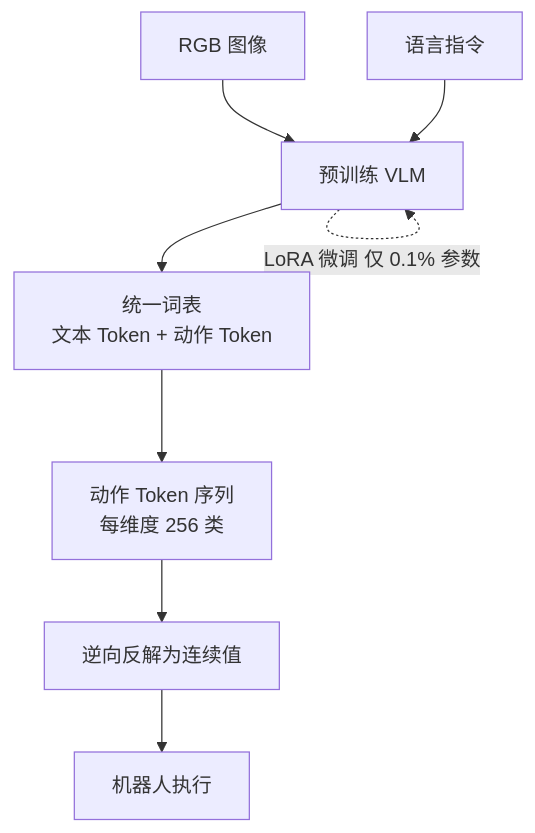
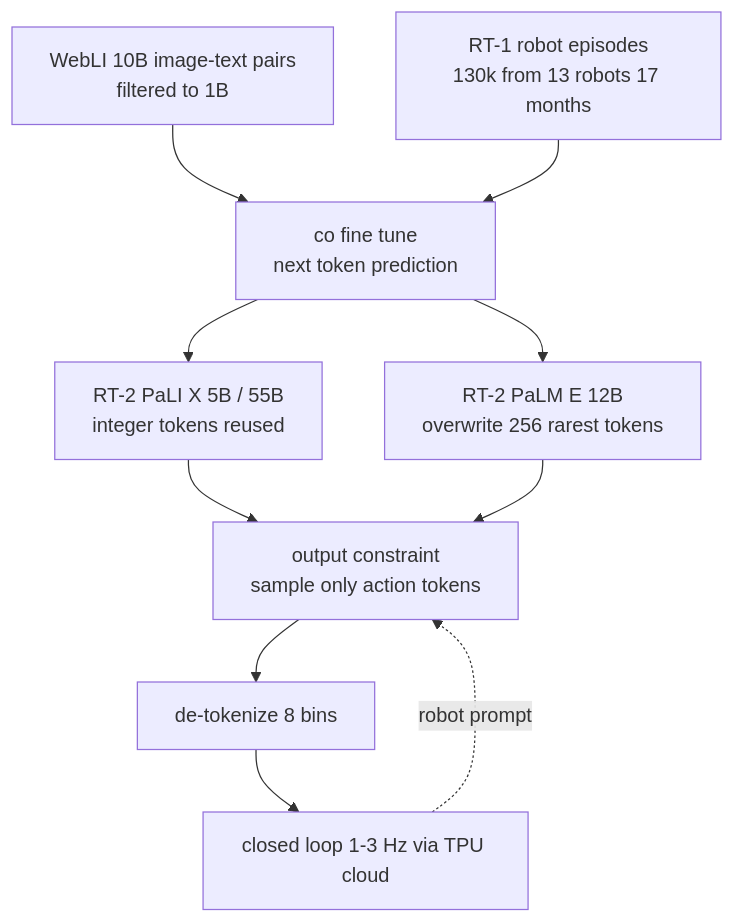
Before and after one commit to luohu-arch/physical_intelligence_study: the diagram in notes/architecture/rt-2.md, drawn with Mermaid. The commit also changed other lines of this file and 35 other files, not shown here.

````diff
--- a/notes/architecture/rt-2.md
+++ b/notes/architecture/rt-2.md
@@ -63,10 +43,12 @@
 ```mermaid
 graph TD
-    IMG[RGB 图像] --> VLM[预训练 VLM]
-    LANG[语言指令] --> VLM
-    VLM --> VOCAB[统一词表<br/>文本 Token + 动作 Token]
-    VOCAB --> ACTION[动作 Token 序列<br/>每维度 256 类]
-    ACTION --> DECODE[逆向反解为连续值]
-    DECODE --> ROBOT[机器人执行]
-    VLM -.->|LoRA 微调 仅 0.1% 参数| VLM
+    WEB[WebLI 10B image-text pairs<br/>filtered to 1B] --> COFT[co fine tune<br/>next token prediction]
+    ROBOT[RT-1 robot episodes<br/>130k from 13 robots 17 months] --> COFT
+    COFT --> P1[RT-2 PaLI X 5B / 55B<br/>integer tokens reused]
+    COFT --> P2[RT-2 PaLM E 12B<br/>overwrite 256 rarest tokens]
+    P1 --> OC[output constraint<br/>sample only action tokens]
+    P2 --> OC
+    OC --> DEQ[de-tokenize 8 bins]
+    DEQ --> CTRL[closed loop 1-3 Hz via TPU cloud]
+    CTRL -.->|robot prompt| OC
 ```
````
